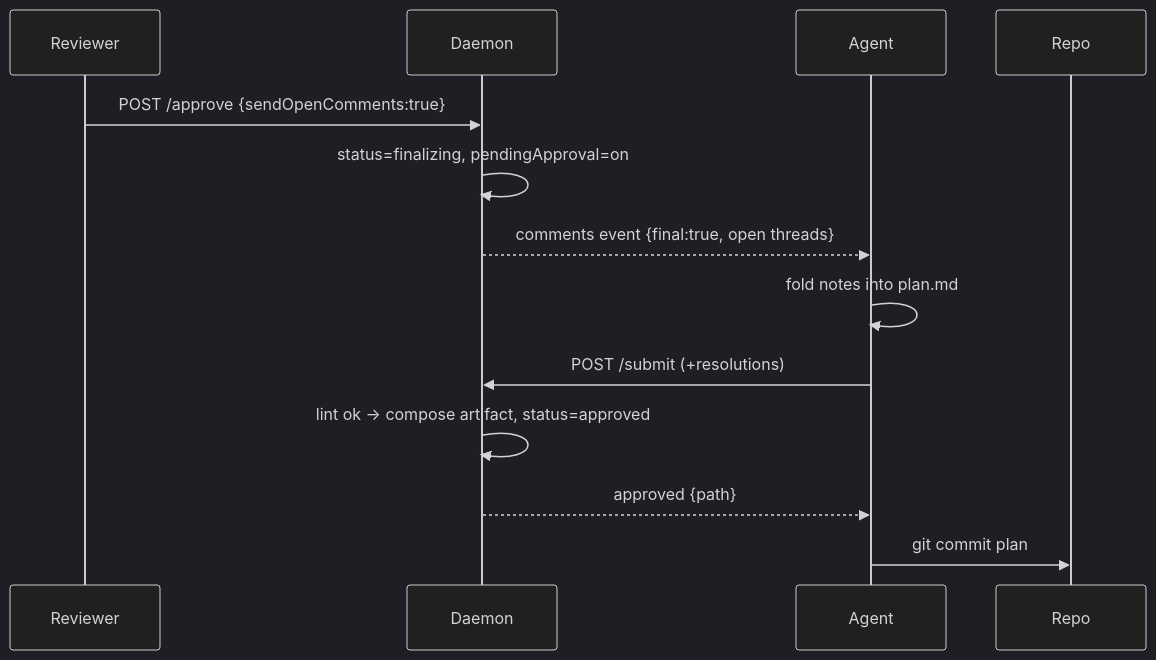
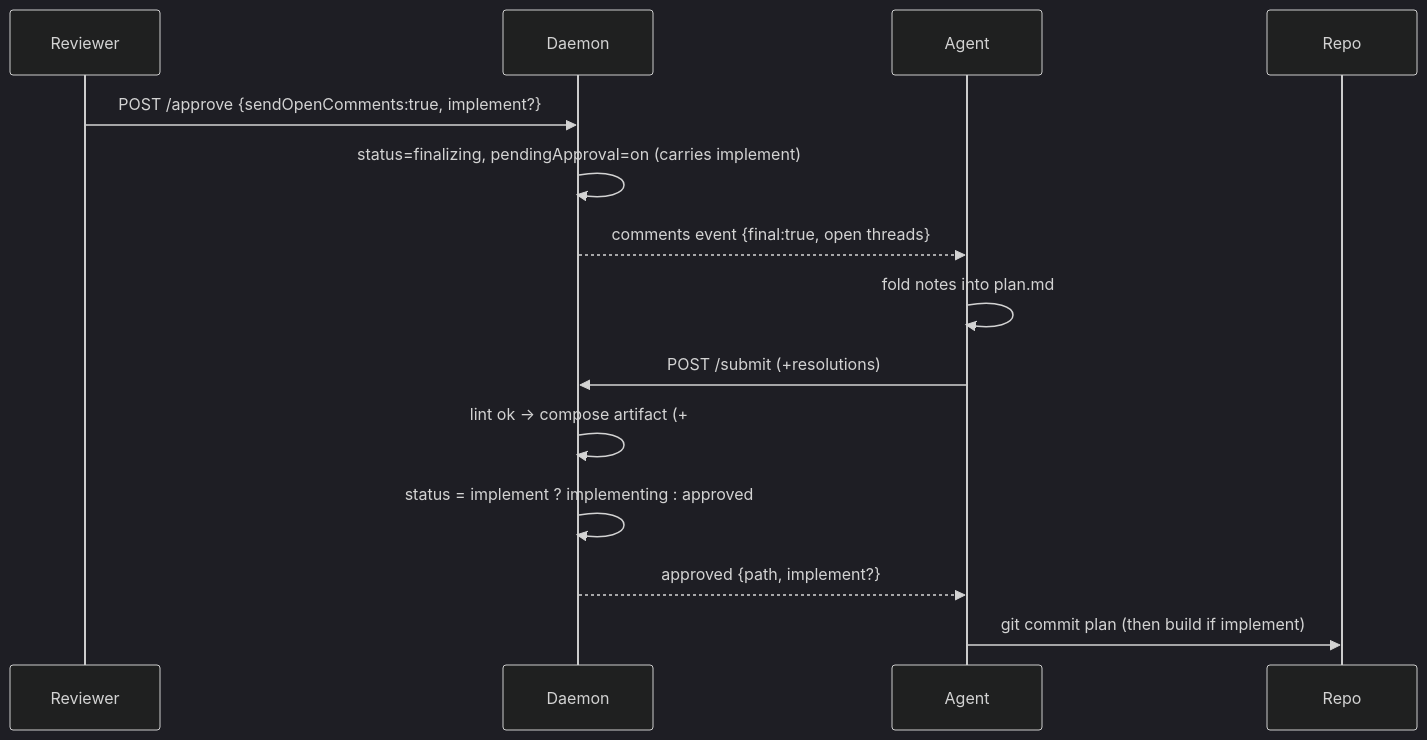
One commit to zeroliu/otacon changed the second of 2 diagrams in docs/plans/2026-06-14-comment-and-approve.md. Above: the diagram before and after it, drawn with Mermaid (dark theme). The commit also changed other lines of this file and 2 other files, not shown here.

````diff
--- a/docs/plans/2026-06-14-comment-and-approve.md
+++ b/docs/plans/2026-06-14-comment-and-approve.md
@@ -64,11 +100,12 @@
 ```mermaid
 sequenceDiagram
-  Reviewer->>Daemon: POST /approve {sendOpenComments:true}
-  Daemon->>Daemon: status=finalizing, pendingApproval=on
+  Reviewer->>Daemon: POST /approve {sendOpenComments:true, implement?}
+  Daemon->>Daemon: status=finalizing, pendingApproval=on (carries implement)
   Daemon-->>Agent: comments event {final:true, open threads}
   Agent->>Agent: fold notes into plan.md
   Agent->>Daemon: POST /submit (+resolutions)
-  Daemon->>Daemon: lint ok → compose artifact, status=approved
-  Daemon-->>Agent: approved {path}
-  Agent->>Repo: git commit plan
+  Daemon->>Daemon: lint ok → compose artifact (+ ## Review notes)
+  Daemon->>Daemon: status = implement ? implementing : approved
+  Daemon-->>Agent: approved {path, implement?}
+  Agent->>Repo: git commit plan (then build if implement)
 ```
````
